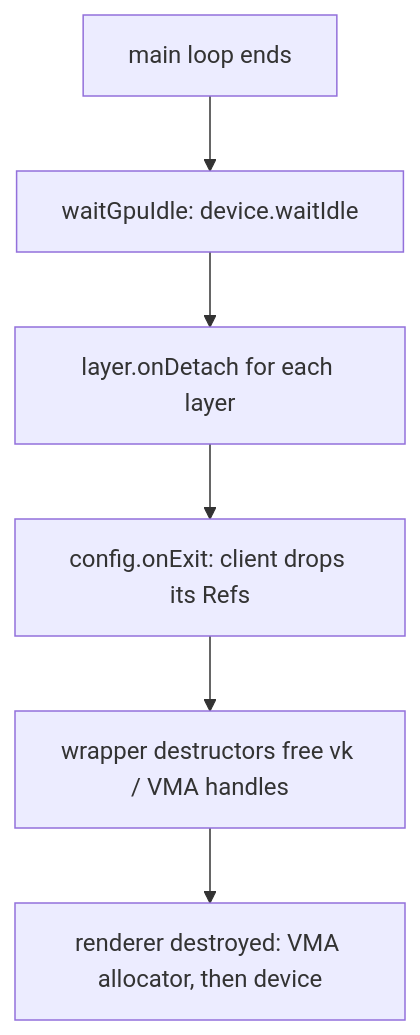
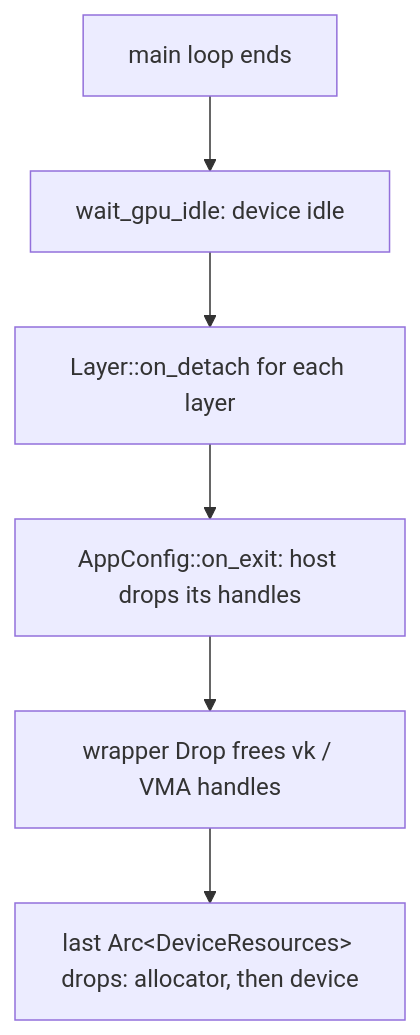
Before and after one commit to saffronjam/saffron-anima: the diagram in docs/content/explanations/core-and-conventions/ownership-and-raii.md, drawn with Mermaid. The commit also changed other lines of this file and 7 other files, not shown here.

````diff
--- a/docs/content/explanations/core-and-conventions/ownership-and-raii.md
+++ b/docs/content/explanations/core-and-conventions/ownership-and-raii.md
@@ -75,8 +78,8 @@
 ```mermaid
 flowchart TD
-    A[main loop ends] --> B[waitGpuIdle: device.waitIdle]
-    B --> C[layer.onDetach for each layer]
-    C --> D[config.onExit: client drops its Refs]
-    D --> E[wrapper destructors free vk / VMA handles]
-    E --> F[renderer destroyed: VMA allocator, then device]
+    A[main loop ends] --> B[wait_gpu_idle: device idle]
+    B --> C[Layer::on_detach for each layer]
+    C --> D[AppConfig::on_exit: host drops its handles]
+    D --> E[wrapper Drop frees vk / VMA handles]
+    E --> F[last Arc&lt;DeviceResources&gt; drops: allocator, then device]
 ```
````
